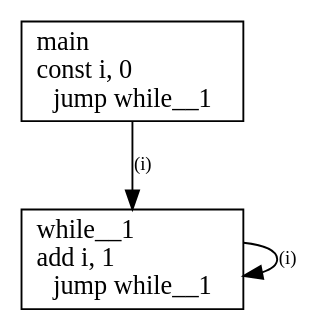
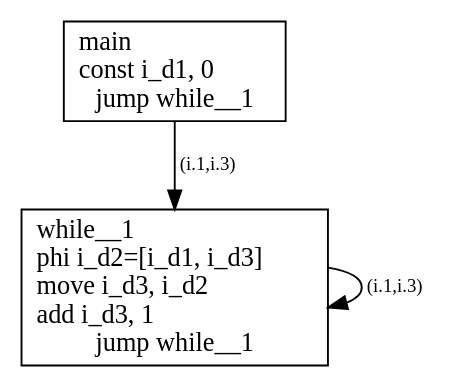
One commit to tmssngr/tinyC changed the diagram in src/main/resources-test/compiler/windows/cfg-no-return.dot. Above: the diagram before and after it, drawn with Graphviz. The commit also changed 90 other files, not shown here.

```diff
--- a/src/main/resources-test/compiler/windows/cfg-no-return.dot
+++ b/src/main/resources-test/compiler/windows/cfg-no-return.dot
@@ -1,9 +1,9 @@
 digraph program {
 	edge[fontsize="10pt"];
 	subgraph fn_main {
-		BasicBlock_0_main [label="main\lconst i, 0\ljump while__1",shape=box];
-		BasicBlock_0_main -> BasicBlock_0_while__1 [label="(i)"];
-		BasicBlock_0_while__1 [label="while__1\ladd i, 1\ljump while__1",shape=box];
-		BasicBlock_0_while__1 -> BasicBlock_0_while__1 [label="(i)"];
+		BasicBlock_0_main [label="main\lconst i_d1, 0\ljump while__1",shape=box];
+		BasicBlock_0_main -> BasicBlock_0_while__1 [label="(i.1,i.3)"];
+		BasicBlock_0_while__1 [label="while__1\lphi i_d2=[i_d1, i_d3]\lmove i_d3, i_d2\ladd i_d3, 1\ljump while__1",shape=box];
+		BasicBlock_0_while__1 -> BasicBlock_0_while__1 [label="(i.1,i.3)"];
 	}
 }
```
